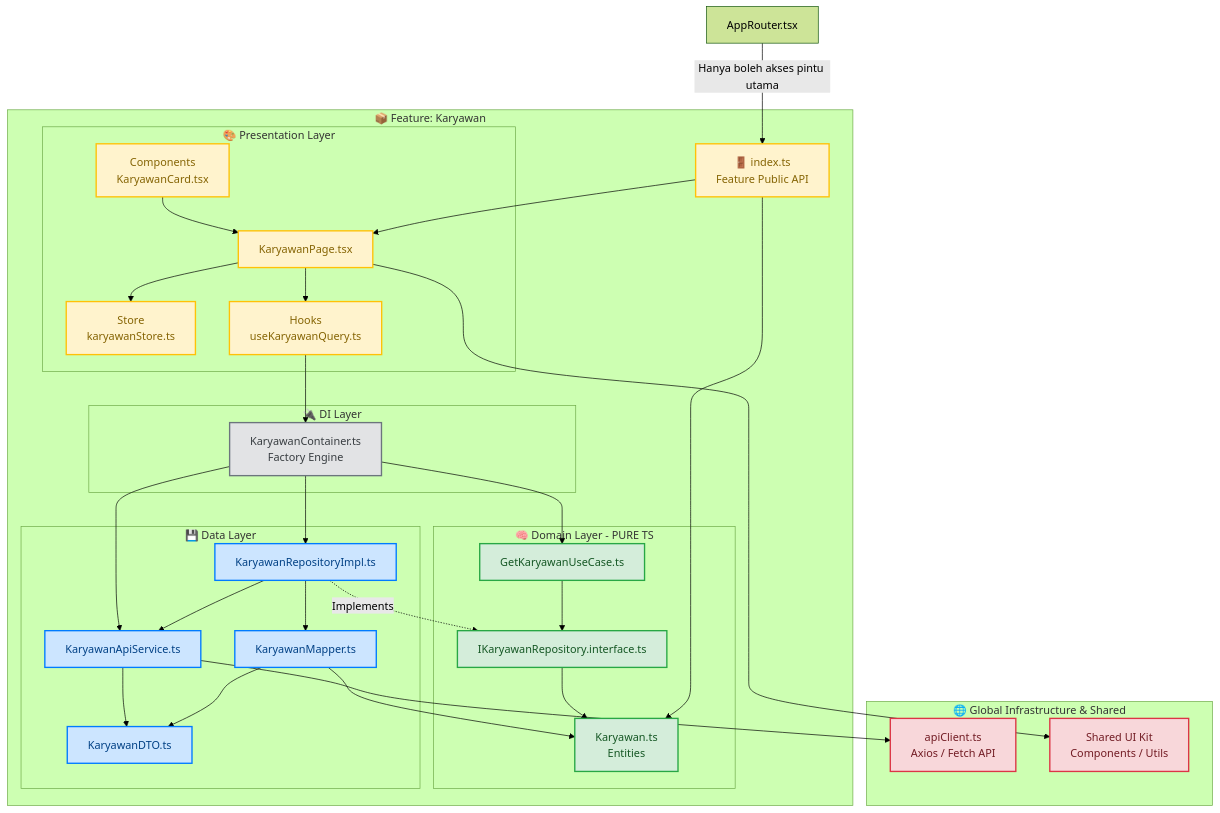
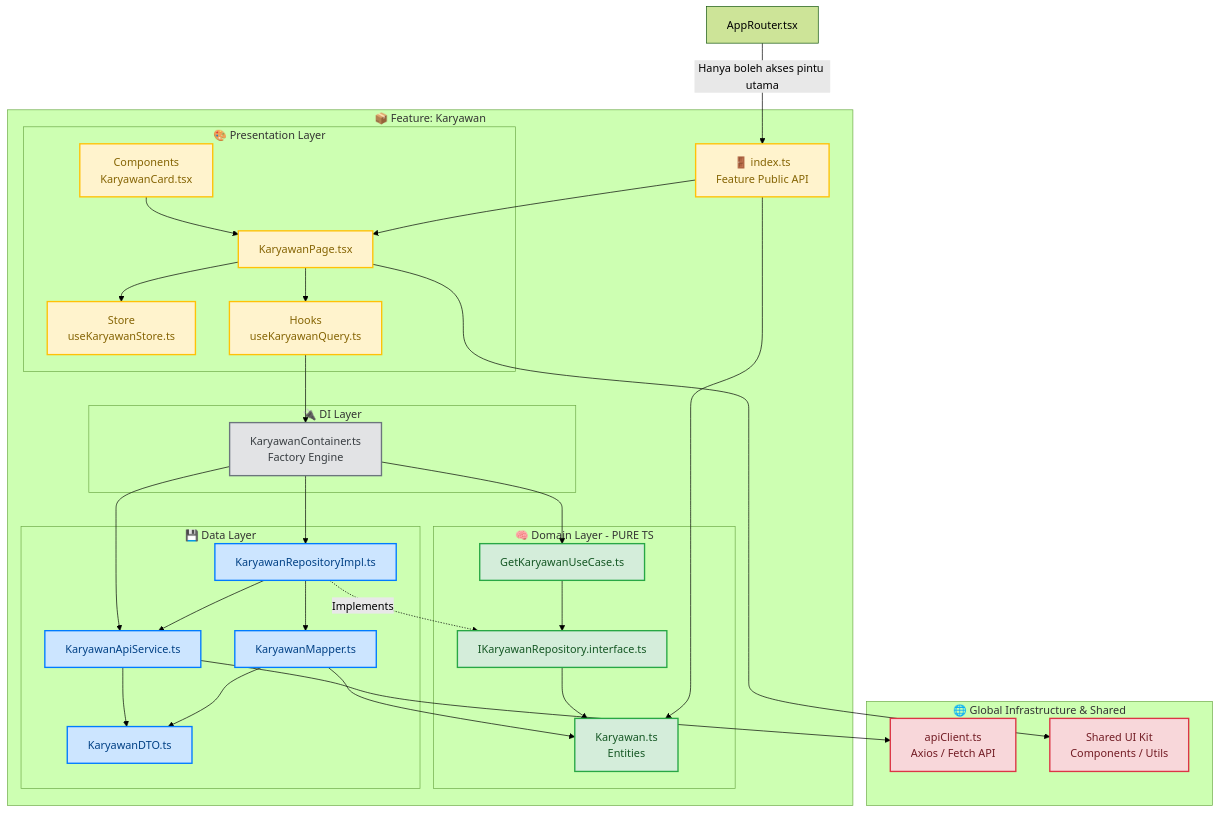
One commit to Brianbramasta/boilerplate-react-fe-no-framework changed the first of 2 diagrams in documentation/rules/domain-data-presentation/27 Oktober 2026/mermaid diagram.md. Above: the diagram before and after it, drawn with Mermaid (forest theme). The commit also changed other lines of this file and 4 other files, not shown here.

Commit message:
feat: refactor Karyawan feature store and update related documentation for consistency

```diff
--- a/documentation/rules/domain-data-presentation/27 Oktober 2026/mermaid diagram.md
+++ b/documentation/rules/domain-data-presentation/27 Oktober 2026/mermaid diagram.md
@@ -31,7 +31,7 @@
         subgraph Presentation_Layer [🎨 Presentation Layer]
             page[KaryawanPage.tsx]:::pres
             comp[Components <br>KaryawanCard.tsx]:::pres
-            store[Store <br>karyawanStore.ts]:::pres
+            store[Store <br>useKaryawanStore.ts]:::pres
             hook[Hooks <br>useKaryawanQuery.ts]:::pres
         end
 
```
